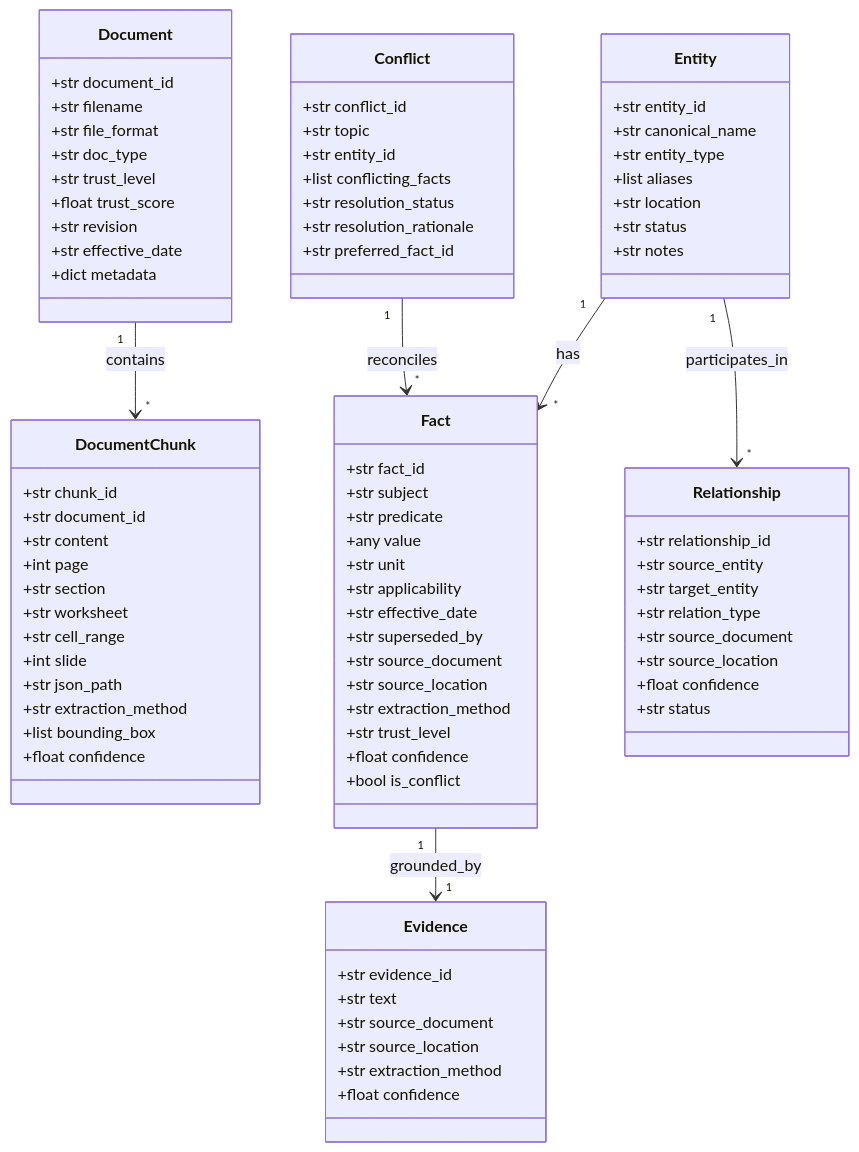
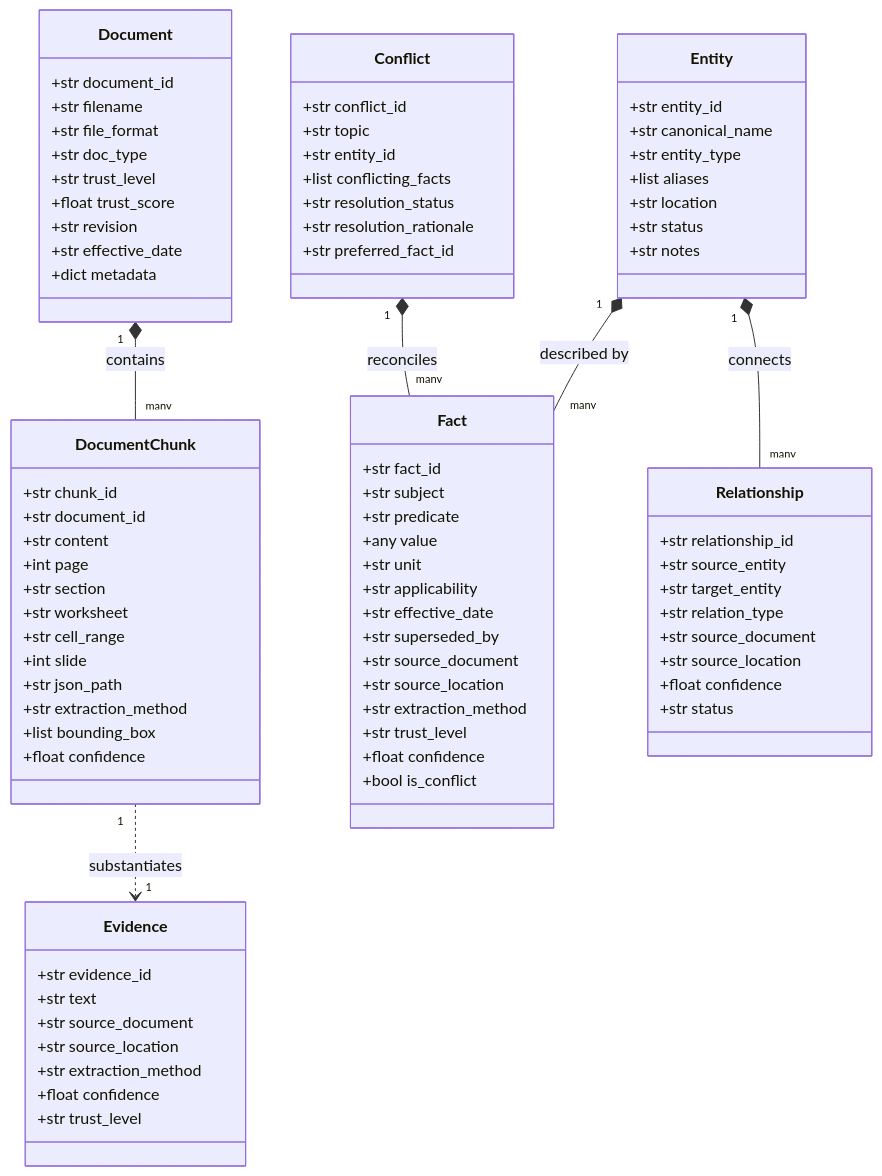
Before and after one commit to aaxonxn/Aegis: the first of 2 diagrams in architecture_report.md, drawn with Mermaid. The commit also changed other lines of this file and 5 other files, not shown here.

Commit message:
update README with architecture, evaluation metrics, and comprehensive feature list

````diff
--- a/architecture_report.md
+++ b/architecture_report.md
@@ -106,11 +104,12 @@
         +str source_location
         +str extraction_method
         +float confidence
+        +str trust_level
     }
 
-    Document "1" --> "*" DocumentChunk : contains
-    Entity "1" --> "*" Fact : has
-    Entity "1" --> "*" Relationship : participates_in
-    Conflict "1" --> "*" Fact : reconciles
-    Fact "1" --> "1" Evidence : grounded_by
+    Document "1" *-- "many" DocumentChunk : contains
+    Entity "1" *-- "many" Fact : described by
+    Entity "1" *-- "many" Relationship : connects
+    Conflict "1" *-- "many" Fact : reconciles
+    DocumentChunk "1" ..> "1" Evidence : substantiates
 ```
````
